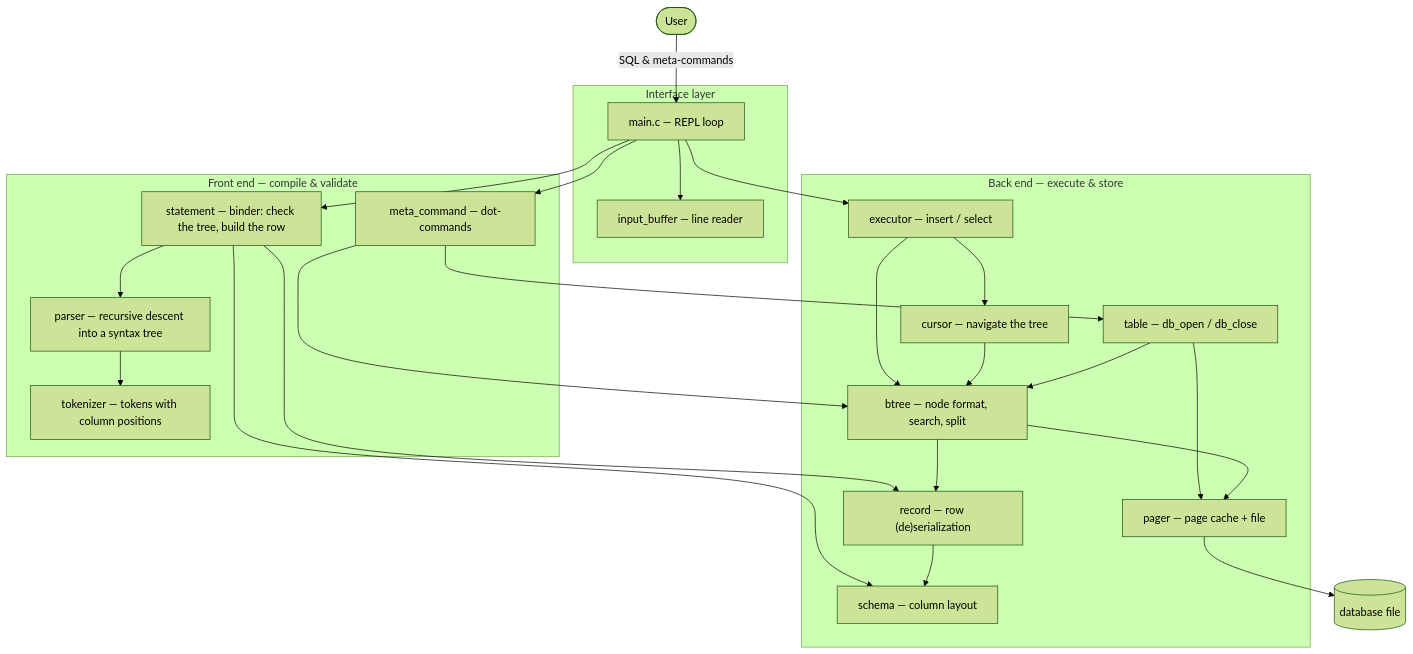
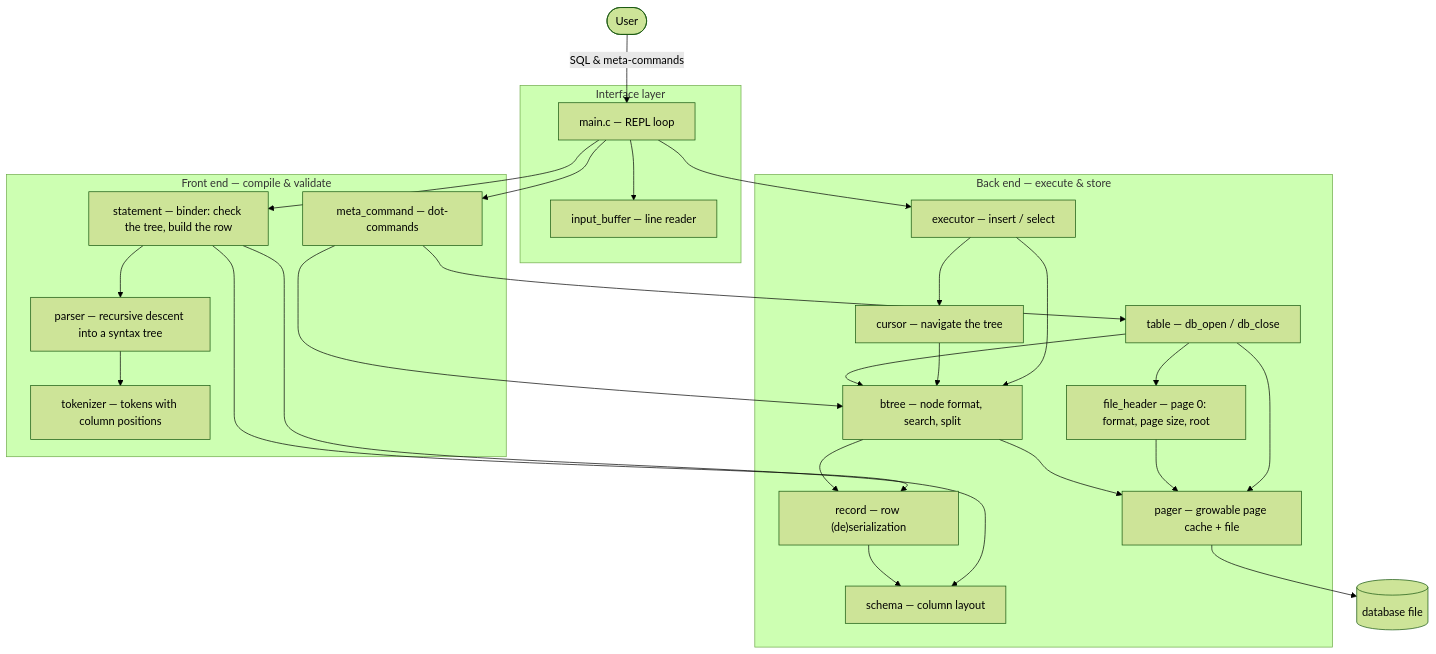
Before and after one commit to Rohitangshu2026/mini-sql: the first of 20 diagrams in README.md, drawn with Mermaid (forest theme). The commit also changed other lines of this file, not shown here.

First line of the commit message:
docs: describe the file header and growable page cache in the README

````diff
--- a/README.md
+++ b/README.md
@@ -141,48 +141,51 @@
 ```mermaid
 flowchart TD
     User([User]) -->|SQL & meta-commands| REPL
 
     subgraph Interface["Interface layer"]
         REPL["main.c — REPL loop"]
         IB["input_buffer — line reader"]
     end
 
     subgraph Frontend["Front end — compile & validate"]
         META["meta_command — dot-commands"]
         STMT["statement — binder: check the tree, build the row"]
         PARSE["parser — recursive descent into a syntax tree"]
         TOK["tokenizer — tokens with column positions"]
     end
 
     subgraph Backend["Back end — execute & store"]
         EXEC["executor — insert / select"]
         CUR["cursor — navigate the tree"]
         TABLE["table — db_open / db_close"]
+        HDR["file_header — page 0: format, page size, root"]
         BTREE["btree — node format, search, split"]
         REC["record — row (de)serialization"]
         SCHEMA["schema — column layout"]
-        PAGER["pager — page cache + file"]
+        PAGER["pager — growable page cache + file"]
     end
 
     FILE[("database file")]
 
     REPL --> IB
     REPL --> META
     REPL --> STMT
     REPL --> EXEC
     STMT --> PARSE
     PARSE --> TOK
     STMT --> REC
     STMT --> SCHEMA
     EXEC --> CUR
     EXEC --> BTREE
     CUR --> BTREE
     TABLE --> BTREE
+    TABLE --> HDR
     TABLE --> PAGER
+    HDR --> PAGER
     META --> BTREE
     META --> TABLE
     BTREE --> PAGER
     BTREE --> REC
     REC --> SCHEMA
     PAGER --> FILE
 ```
````
